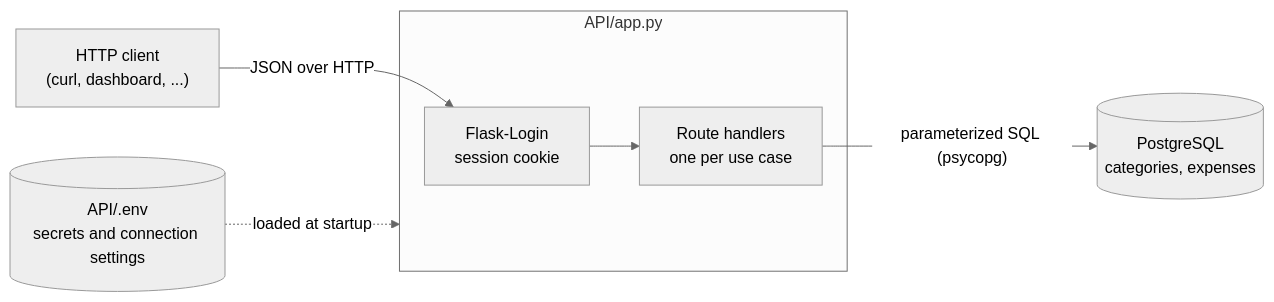
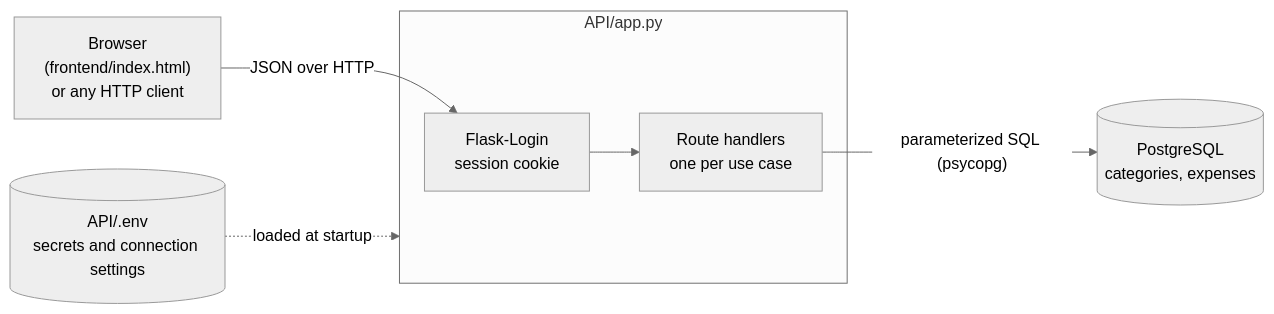
The first of 3 diagrams in README.md (gormes-EPIC/expense_sample), drawn with Mermaid (neutral theme) before and after one commit. The commit also changed other lines of this file and 3 other files, not shown here.

````diff
--- a/README.md
+++ b/README.md
@@ -5,15 +5,15 @@
 ```mermaid
 flowchart LR
-    client["HTTP client<br/>(curl, dashboard, ...)"]
+    client["Browser<br/>(frontend/index.html)<br/>or any HTTP client"]
     subgraph api["API/app.py"]
         auth["Flask-Login<br/>session cookie"]
         routes["Route handlers<br/>one per use case"]
     end
     env[("API/.env<br/>secrets and connection settings")]
     db[("PostgreSQL<br/>categories, expenses")]
 
     client -- "JSON over HTTP" --> auth
     auth --> routes
     routes -- "parameterized SQL (psycopg)" --> db
     env -. "loaded at startup" .-> api
 ```
````
